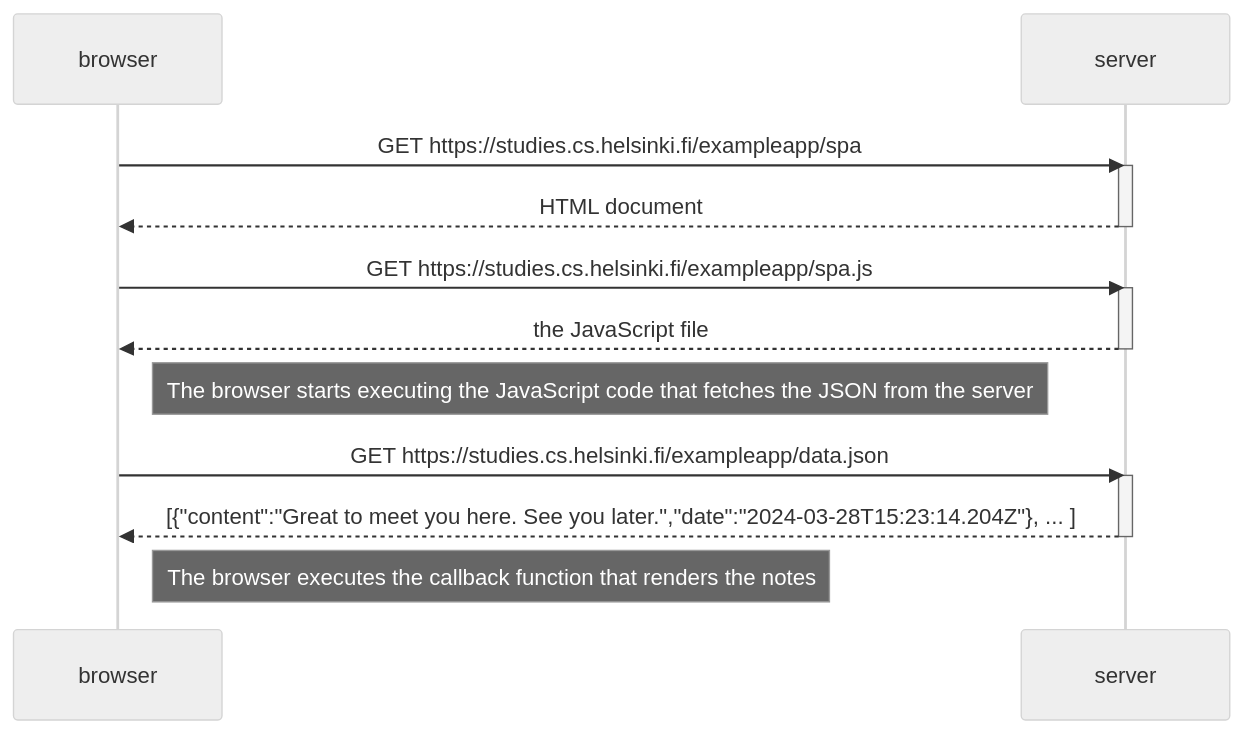
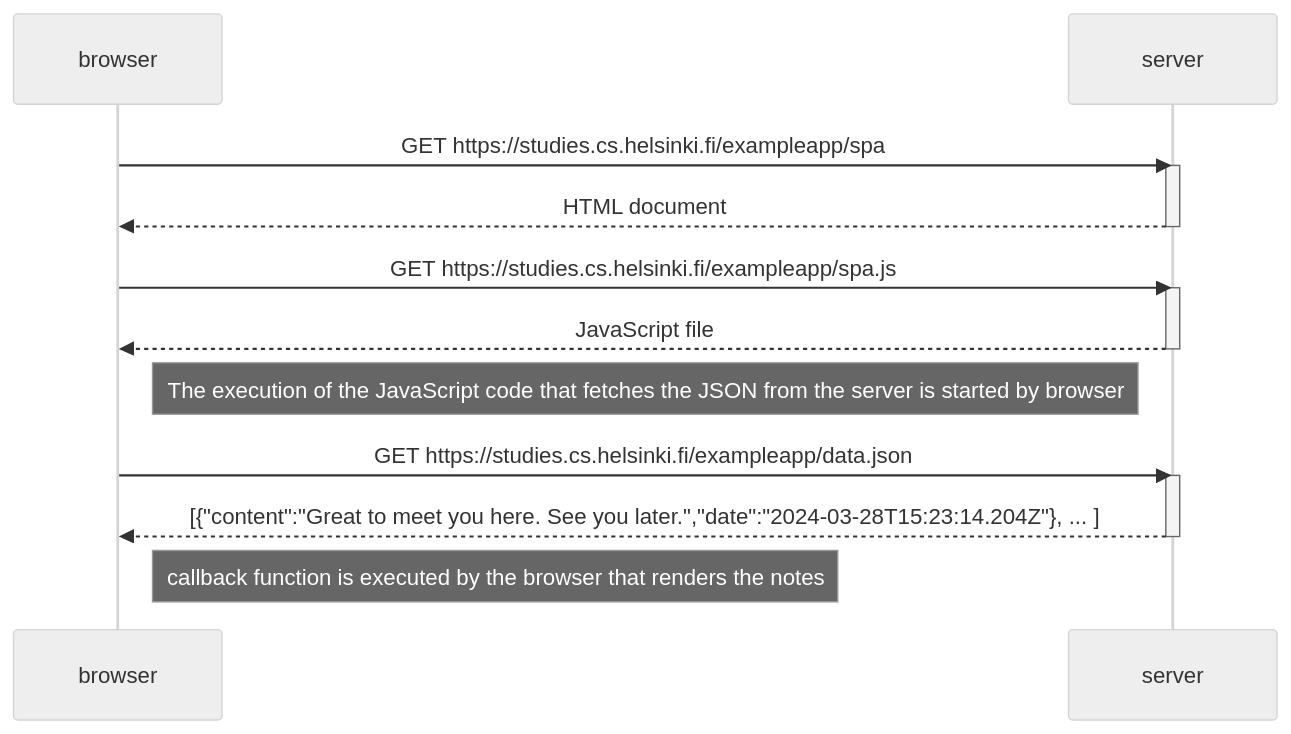
Before and after one commit to udaycruise2903/fullstackopen: the diagram in part 0/0.5-spa.md, drawn with Mermaid (neutral theme). The commit also changed 1 other file, not shown here.

Commit message:
completed part0

````diff
--- a/part 0/0.5-spa.md
+++ b/part 0/0.5-spa.md
@@ -1,24 +1,24 @@
 ```mermaid
 sequenceDiagram
     participant browser
     participant server
 
     browser->>server: GET https://studies.cs.helsinki.fi/exampleapp/spa
     activate server
     server-->>browser: HTML document
     deactivate server
 
     browser->>server: GET https://studies.cs.helsinki.fi/exampleapp/spa.js
     activate server
-    server-->>browser: the JavaScript file
+    server-->>browser: JavaScript file
     deactivate server
 
-    Note right of browser: The browser starts executing the JavaScript code that fetches the JSON from the server
+    Note right of browser: The execution of the JavaScript code that fetches the JSON from the server is started by browser
 
     browser->>server: GET https://studies.cs.helsinki.fi/exampleapp/data.json
     activate server
     server-->>browser: [{"content":"Great to meet you here. See you later.","date":"2024-03-28T15:23:14.204Z"}, ... ]
     deactivate server
 
-    Note right of browser: The browser executes the callback function that renders the notes
+    Note right of browser: callback function is executed by the browser that renders the notes
 ```
````
